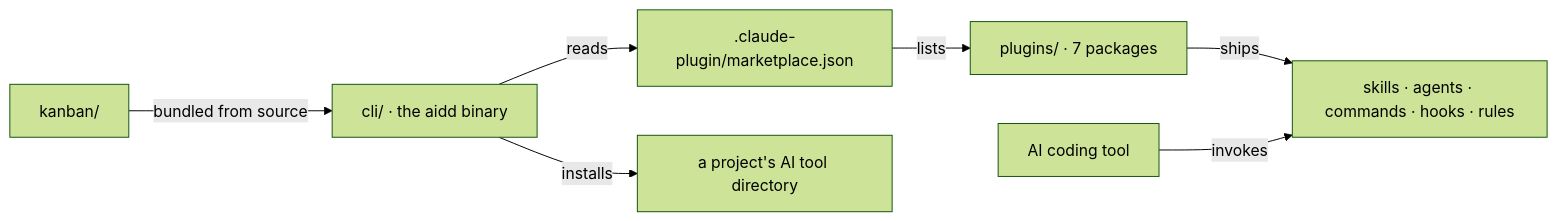
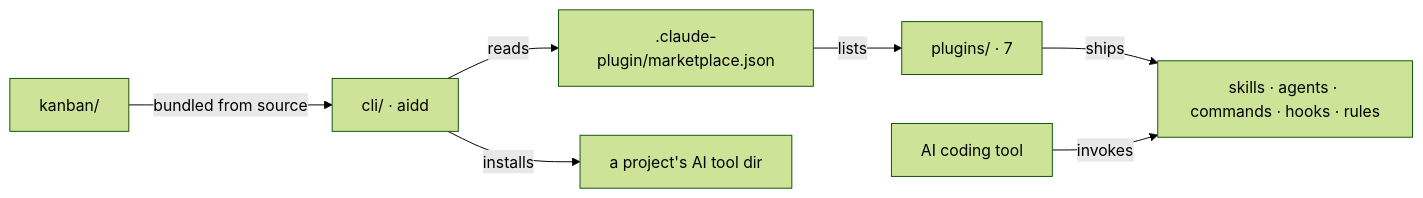
The diagram in aidd_docs/memory/architecture.md (ai-driven-dev/aidd-framework), drawn with Mermaid (forest theme) before and after one commit. The commit also changed other lines of this file and 7 other files, not shown here.

````diff
--- a/aidd_docs/memory/architecture.md
+++ b/aidd_docs/memory/architecture.md
@@ -13,9 +17,9 @@
 ```mermaid
 flowchart LR
-    Manifest[".claude-plugin/marketplace.json"] -->|lists| Plugins["plugins/ · 7 packages"]
+    Manifest[".claude-plugin/marketplace.json"] -->|lists| Plugins["plugins/ · 7"]
     Plugins -->|ships| Surfaces["skills · agents · commands · hooks · rules"]
-    CLI["cli/ · the aidd binary"] -->|reads| Manifest
-    CLI -->|installs| Target["a project's AI tool directory"]
+    CLI["cli/ · aidd"] -->|reads| Manifest
+    CLI -->|installs| Target["a project's AI tool dir"]
     Kanban["kanban/"] -->|bundled from source| CLI
     Editor["AI coding tool"] -->|invokes| Surfaces
 ```
````
